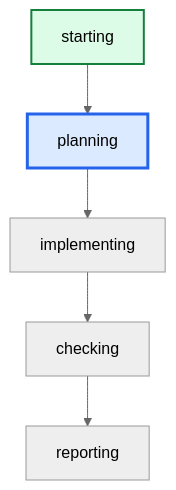
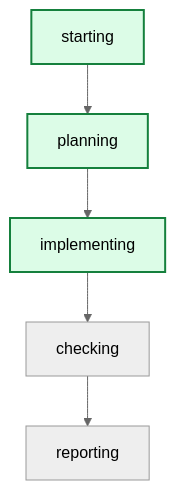
Before and after one commit to daniell0gda/hermes-feature-check-dashboard: the diagram in latest/graph.mmd, drawn with Mermaid (neutral theme). The commit also changed 38 other files, not shown here.

```diff
--- a/latest/graph.mmd
+++ b/latest/graph.mmd
@@ -1,11 +1,12 @@
 graph TD
     starting --> planning
     planning --> implementing
     implementing --> checking
     checking --> reporting
 
 classDef done fill:#dcfce7,stroke:#15803d,stroke-width:2px;
 classDef active fill:#dbeafe,stroke:#2563eb,stroke-width:3px;
 classDef failed fill:#fee2e2,stroke:#b42318,stroke-width:2px;
-class planning active;
+class implementing done;
 class starting done;
+class planning done;
```
